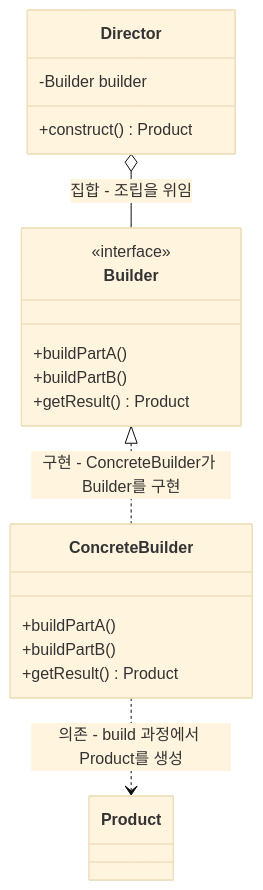
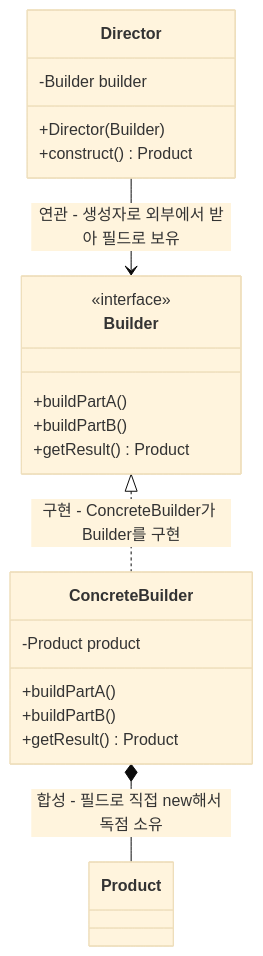
One commit to ChesyBird/java changed the third of 3 diagrams in 교안/3. 빌더패턴/01_교안_GoF디자인패턴.md. Above: the diagram before and after it, drawn with Mermaid (base theme). The commit also changed other lines of this file and 2 other files, not shown here.

````diff
--- a/교안/3. 빌더패턴/01_교안_GoF디자인패턴.md
+++ b/교안/3. 빌더패턴/01_교안_GoF디자인패턴.md
@@ -211,23 +239,25 @@
 ```mermaid
 classDiagram
     class Director {
         -Builder builder
+        +Director(Builder)
         +construct() Product
     }
     class Builder {
         <<interface>>
         +buildPartA()
         +buildPartB()
         +getResult() Product
     }
     class ConcreteBuilder {
+        -Product product
         +buildPartA()
         +buildPartB()
         +getResult() Product
     }
     class Product
 
-    Director o-- Builder : 집합 - 조립을 위임
+    Director --> Builder : 연관 - 생성자로 외부에서 받아 필드로 보유
     Builder <|.. ConcreteBuilder : 구현 - ConcreteBuilder가 Builder를 구현
-    ConcreteBuilder ..> Product : 의존 - build 과정에서 Product를 생성
+    ConcreteBuilder *-- Product : 합성 - 필드로 직접 new해서 독점 소유
 ```
````
